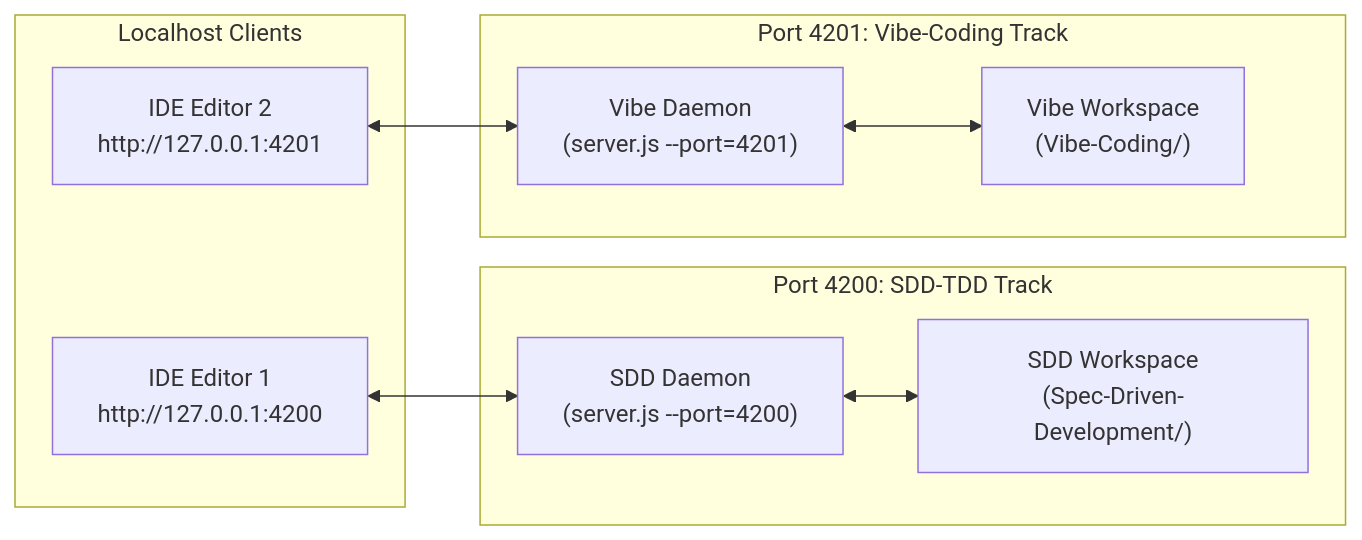
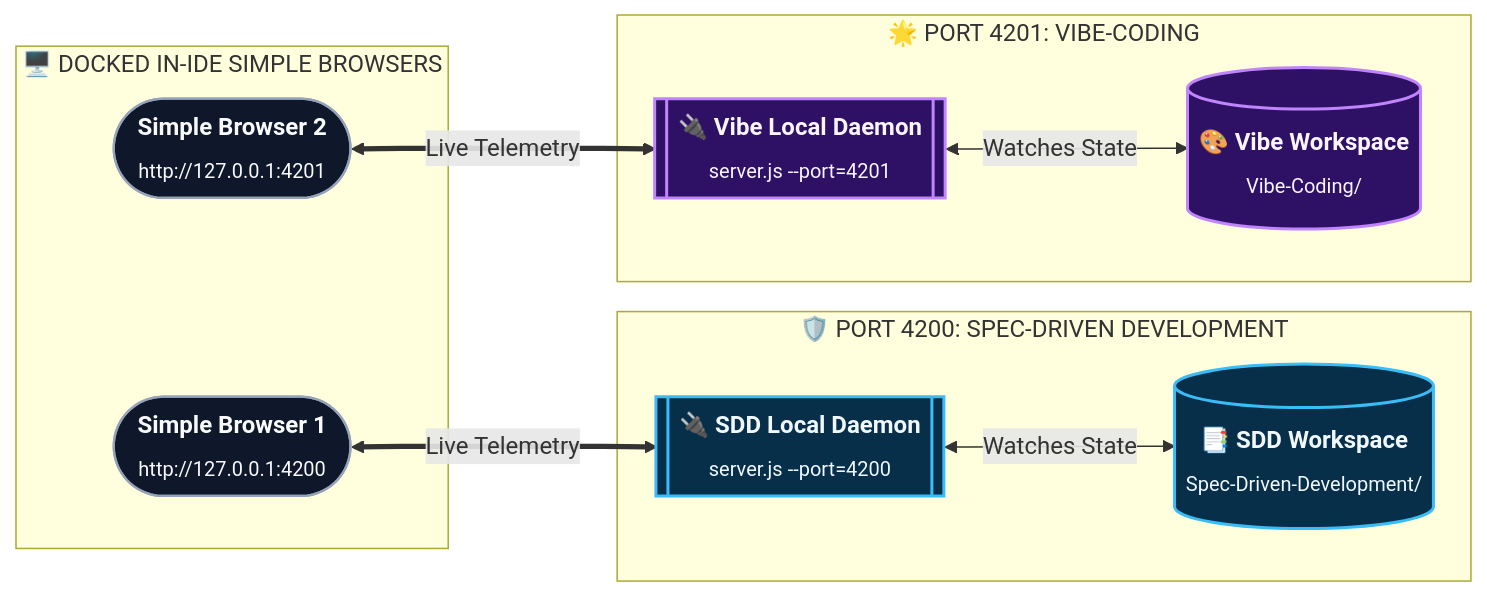
The second of 5 diagrams in PROJECT-MANAGER-DASHBOARD-GUIDE.md (rmsofficialsyt/Agentic-AI-Vibe-Coding-AND-SDD-TDD-Codebase-Chandan-Adhikary), drawn with Mermaid before and after one commit. The commit also changed other lines of this file and 23 other files, not shown here.

Commit message:
docs: redesign diagrams to Eraser.io visual style and regenerate MANIFEST.json

````diff
--- a/PROJECT-MANAGER-DASHBOARD-GUIDE.md
+++ b/PROJECT-MANAGER-DASHBOARD-GUIDE.md
@@ -62,22 +69,26 @@
 ```mermaid
 flowchart LR
-    subgraph SDDInstance ["Port 4200: SDD-TDD Track"]
-        SDDServer["SDD Daemon<br/>(server.js --port=4200)"]
-        SDDTarget["SDD Workspace<br/>(Spec-Driven-Development/)"]
+    classDef sdd fill:#082f49,stroke:#38bdf8,stroke-width:2px,color:#f0f9ff;
+    classDef vibe fill:#2e1065,stroke:#c084fc,stroke-width:2px,color:#faf5ff;
+    classDef client fill:#0f172a,stroke:#94a3b8,stroke-width:1.5px,color:#f8fafc;
+
+    subgraph SDDInstance ["🛡️ PORT 4200: SPEC-DRIVEN DEVELOPMENT"]
+        SDDServer[["<b>🔌 SDD Local Daemon</b><br/><sub>server.js --port=4200</sub>"]]:::sdd
+        SDDTarget[("<b>📑 SDD Workspace</b><br/><sub>Spec-Driven-Development/</sub>")]:::sdd
     end
 
-    subgraph VibeInstance ["Port 4201: Vibe-Coding Track"]
-        VibeServer["Vibe Daemon<br/>(server.js --port=4201)"]
-        VibeTarget["Vibe Workspace<br/>(Vibe-Coding/)"]
+    subgraph VibeInstance ["🌟 PORT 4201: VIBE-CODING"]
+        VibeServer[["<b>🔌 Vibe Local Daemon</b><br/><sub>server.js --port=4201</sub>"]]:::vibe
+        VibeTarget[("<b>🎨 Vibe Workspace</b><br/><sub>Vibe-Coding/</sub>")]:::vibe
     end
 
-    subgraph BrowserClient ["Localhost Clients"]
-        Client1["IDE Editor 1<br/>http://127.0.0.1:4200"]
-        Client2["IDE Editor 2<br/>http://127.0.0.1:4201"]
+    subgraph BrowserClient ["🖥️ DOCKED IN-IDE SIMPLE BROWSERS"]
+        Client1(["<b>Simple Browser 1</b><br/><sub>http://127.0.0.1:4200</sub>"]):::client
+        Client2(["<b>Simple Browser 2</b><br/><sub>http://127.0.0.1:4201</sub>"]):::client
     end
 
-    SDDServer <--> SDDTarget
-    VibeServer <--> VibeTarget
-    Client1 <--> SDDServer
-    Client2 <--> VibeServer
+    SDDServer <-->|"Watches State"| SDDTarget
+    VibeServer <-->|"Watches State"| VibeTarget
+    Client1 <==>|"Live Telemetry"| SDDServer
+    Client2 <==>|"Live Telemetry"| VibeServer
 ```
````
